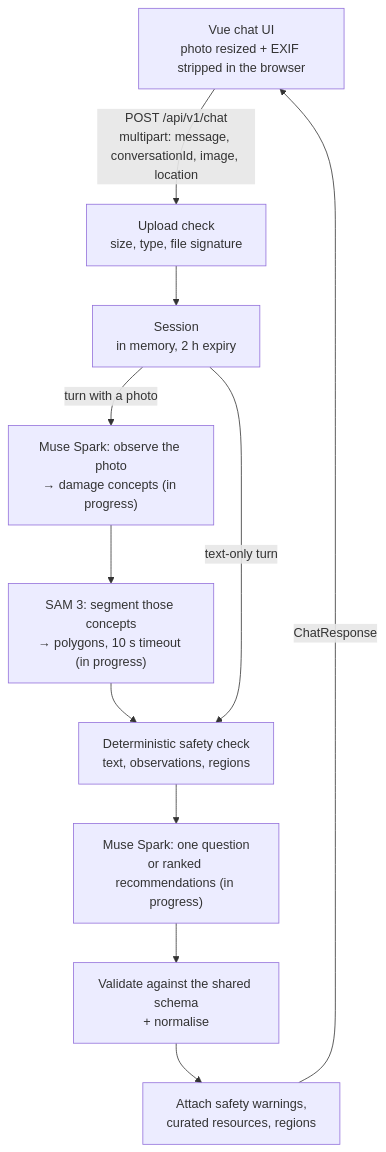
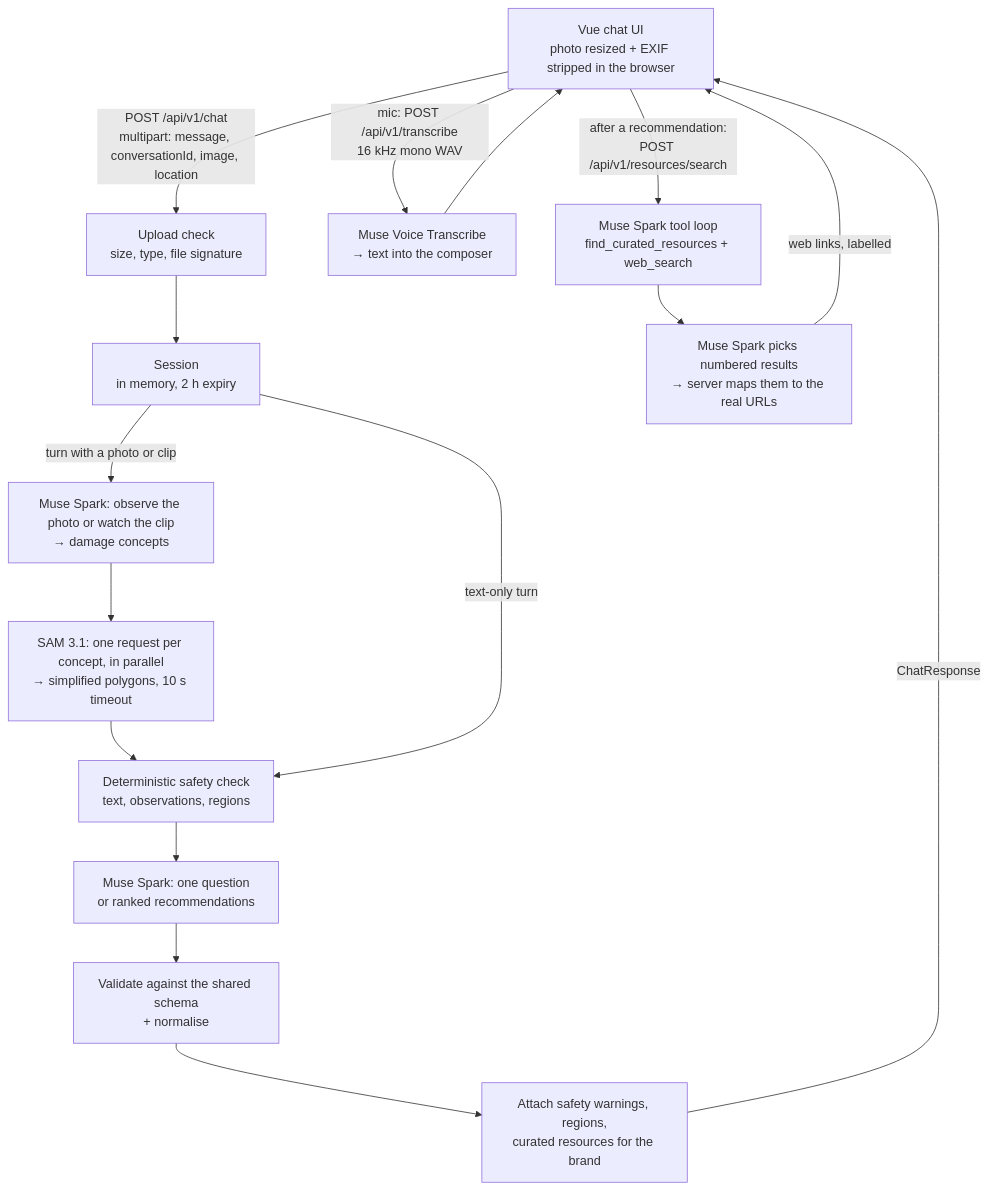
The diagram in README.md (vonnue-akhil/SecondLife-AI), drawn with Mermaid before and after one commit. The commit also changed other lines of this file and 79 other files, not shown here.

Commit message:
Phase: SAM 3.1, video, voice, web search, partner points and rewards

````diff
--- a/README.md
+++ b/README.md
@@ -69,14 +78,19 @@
 ```mermaid
 flowchart TD
     UI["Vue chat UI<br/>photo resized + EXIF stripped in the browser"]
     UI -->|"POST /api/v1/chat<br/>multipart: message, conversationId, image, location"| UP["Upload check<br/>size, type, file signature"]
     UP --> S["Session<br/>in memory, 2 h expiry"]
-    S -->|"turn with a photo"| OBS["Muse Spark: observe the photo<br/>→ damage concepts (in progress)"]
-    OBS --> SEG["SAM 3: segment those concepts<br/>→ polygons, 10 s timeout (in progress)"]
+    S -->|"turn with a photo or clip"| OBS["Muse Spark: observe the photo or watch the clip<br/>→ damage concepts"]
+    OBS --> SEG["SAM 3.1: one request per concept, in parallel<br/>→ simplified polygons, 10 s timeout"]
     SEG --> SAFE
     S -->|"text-only turn"| SAFE["Deterministic safety check<br/>text, observations, regions"]
-    SAFE --> RESP["Muse Spark: one question<br/>or ranked recommendations (in progress)"]
+    SAFE --> RESP["Muse Spark: one question<br/>or ranked recommendations"]
     RESP --> VAL["Validate against the shared schema<br/>+ normalise"]
-    VAL --> ATT["Attach safety warnings,<br/>curated resources, regions"]
+    VAL --> ATT["Attach safety warnings, regions,<br/>curated resources for the brand"]
     ATT -->|"ChatResponse"| UI
+    UI -->|"mic: POST /api/v1/transcribe<br/>16 kHz mono WAV"| ASR["Muse Voice Transcribe<br/>→ text into the composer"]
+    ASR --> UI
+    UI -->|"after a recommendation:<br/>POST /api/v1/resources/search"| FIND["Muse Spark tool loop<br/>find_curated_resources + web_search"]
+    FIND --> PICK["Muse Spark picks numbered results<br/>→ server maps them to the real URLs"]
+    PICK -->|"web links, labelled"| UI
 ```
````
